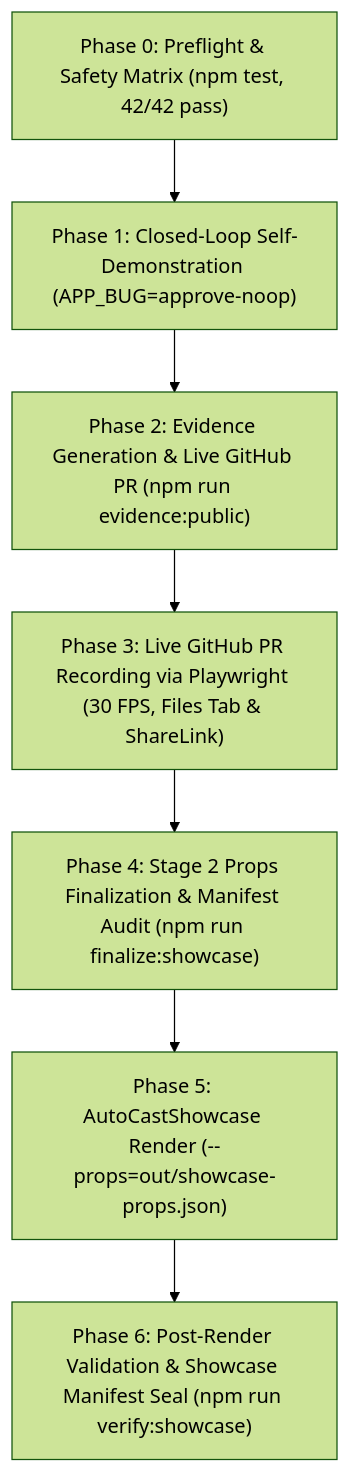
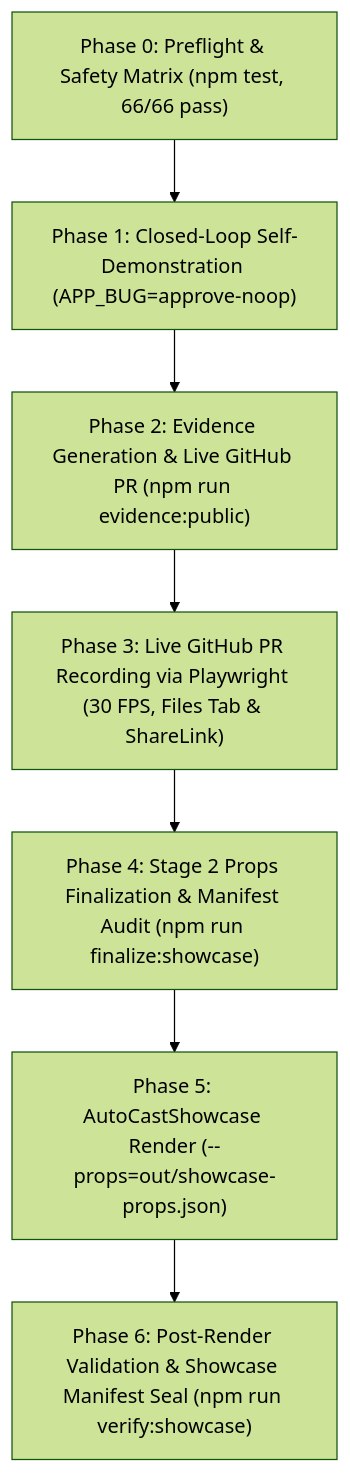
The second of 2 diagrams in docs/ARCHITECTURE.md (nikhil-r0/autocast), drawn with Mermaid (forest theme) before and after one commit. The commit also changed other lines of this file and 10 other files, not shown here.

````diff
--- a/docs/ARCHITECTURE.md
+++ b/docs/ARCHITECTURE.md
@@ -558,9 +559,9 @@
 ```mermaid
 flowchart TD
-    P0["Phase 0: Preflight & Safety Matrix (npm test, 42/42 pass)"] --> P1["Phase 1: Closed-Loop Self-Demonstration (APP_BUG=approve-noop)"]
+    P0["Phase 0: Preflight & Safety Matrix (npm test, 66/66 pass)"] --> P1["Phase 1: Closed-Loop Self-Demonstration (APP_BUG=approve-noop)"]
     P1 --> P2["Phase 2: Evidence Generation & Live GitHub PR (npm run evidence:public)"]
     P2 --> P3["Phase 3: Live GitHub PR Recording via Playwright (30 FPS, Files Tab & ShareLink)"]
     P3 --> P4["Phase 4: Stage 2 Props Finalization & Manifest Audit (npm run finalize:showcase)"]
     P4 --> P5["Phase 5: AutoCastShowcase Render (--props=out/showcase-props.json)"]
     P5 --> P6["Phase 6: Post-Render Validation & Showcase Manifest Seal (npm run verify:showcase)"]
 ```
````
